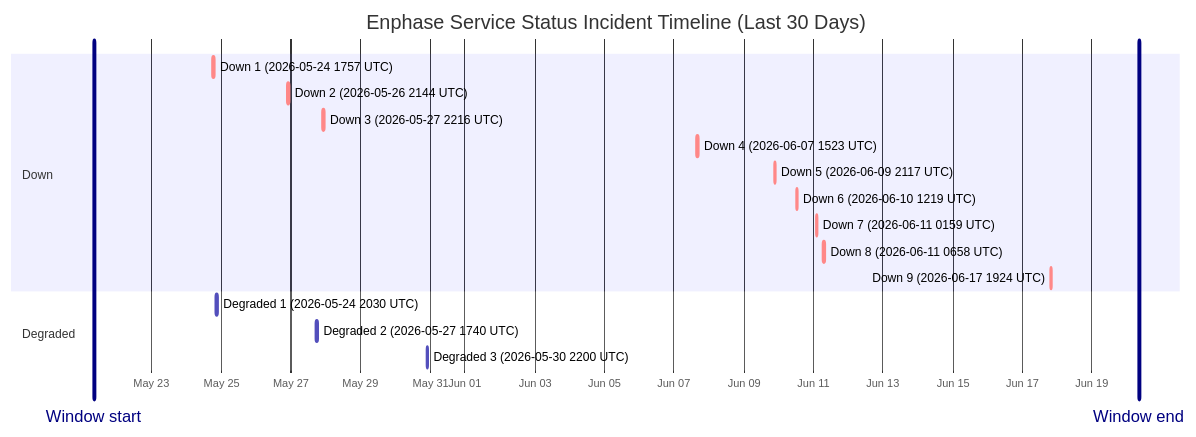
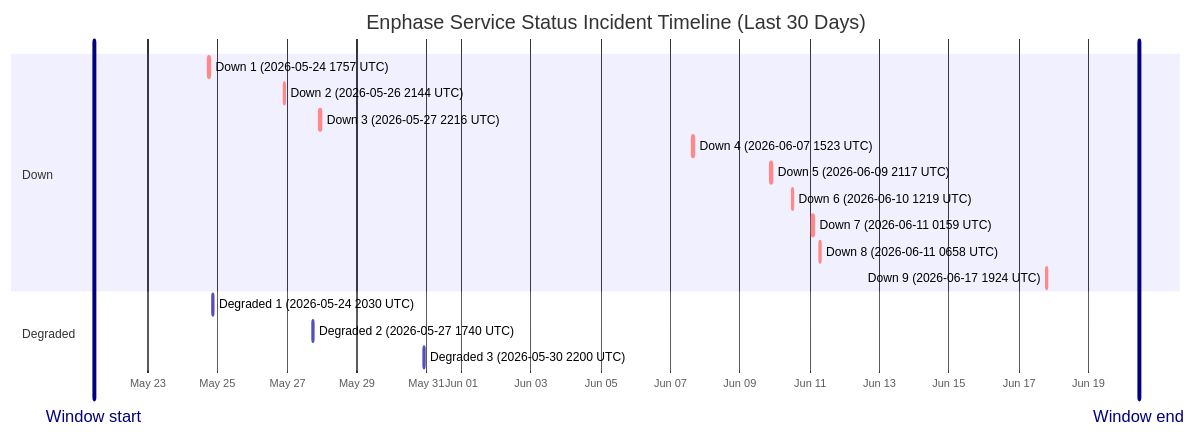
One commit to barneyonline/ha-enphase-energy changed the diagram in wiki/Service-Status-History.md. Above: the diagram before and after it, drawn with Mermaid. The commit also changed other lines of this file and 3 other files, not shown here.

````diff
--- a/wiki/Service-Status-History.md
+++ b/wiki/Service-Status-History.md
@@ -14,22 +14,22 @@
 ```mermaid
 gantt
     title Enphase Service Status Incident Timeline (Last 30 Days)
     dateFormat  YYYY-MM-DDTHH:mm:ss
     axisFormat  %b %d
-    Window start :vert, window-start, 2026-05-21T08:20:07, 0ms
-    Window end :vert, window-end, 2026-06-20T08:20:07, 0ms
+    Window start :vert, window-start, 2026-05-21T10:56:58, 0ms
+    Window end :vert, window-end, 2026-06-20T10:56:58, 0ms
     section Down
     Down 1 (2026-05-24 1757 UTC) :crit, down-1, 2026-05-24T17:57:41, 86m
     Down 2 (2026-05-26 2144 UTC) :crit, down-2, 2026-05-26T21:44:11, 85m
     Down 3 (2026-05-27 2216 UTC) :crit, down-3, 2026-05-27T22:16:53, 87m
     Down 4 (2026-06-07 1523 UTC) :crit, down-4, 2026-06-07T15:23:22, 87m
     Down 5 (2026-06-09 2117 UTC) :crit, down-5, 2026-06-09T21:17:17, 60m
     Down 6 (2026-06-10 1219 UTC) :crit, down-6, 2026-06-10T12:19:21, 60m
     Down 7 (2026-06-11 0159 UTC) :crit, down-7, 2026-06-11T01:59:36, 60m
     Down 8 (2026-06-11 0658 UTC) :crit, down-8, 2026-06-11T06:58:45, 60m
     Down 9 (2026-06-17 1924 UTC) :crit, down-9, 2026-06-17T19:24:51, 60m
     section Degraded
     Degraded 1 (2026-05-24 2030 UTC) :active, degraded-1, 2026-05-24T20:30:57, 84m
     Degraded 2 (2026-05-27 1740 UTC) :active, degraded-2, 2026-05-27T17:40:52, 60m
     Degraded 3 (2026-05-30 2200 UTC) :active, degraded-3, 2026-05-30T22:00:37, 60m
 ```
````
